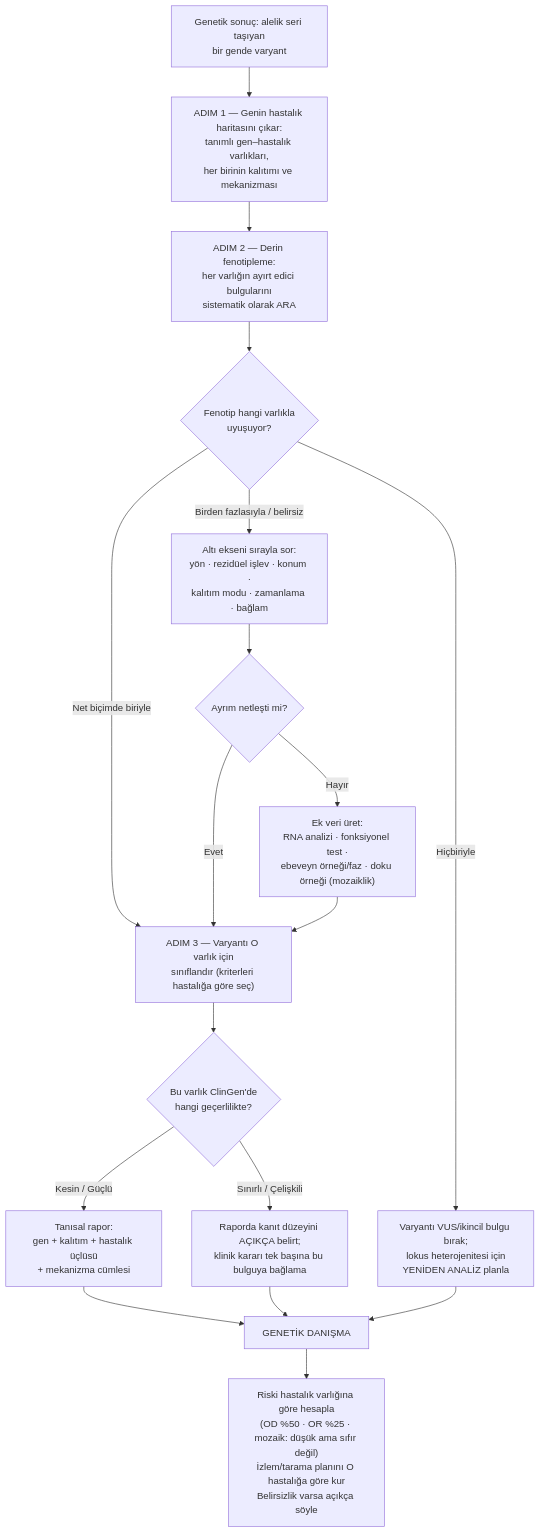
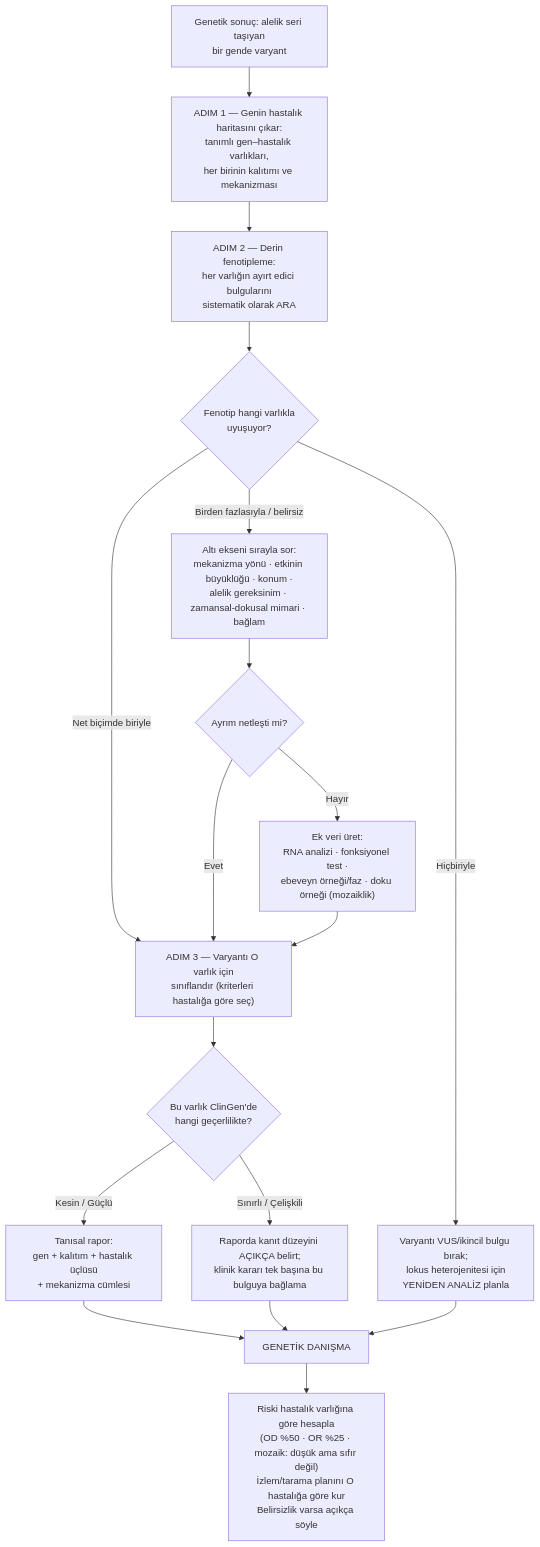
Before and after one commit to MDKalenderoglu/Mekanizma_Kitab-: the third of 3 diagrams in Bölüm_15_Ayni_Gen_Farkli_Hastalik.md, drawn with Mermaid. The commit also changed other lines of this file and 3 other files, not shown here.

````diff
--- a/Bölüm_15_Ayni_Gen_Farkli_Hastalik.md
+++ b/Bölüm_15_Ayni_Gen_Farkli_Hastalik.md
@@ -327,25 +329,25 @@
 ```mermaid
 flowchart TD
   A["Genetik sonuç: alelik seri taşıyan<br/>bir gende varyant"] --> B["ADIM 1 — Genin hastalık haritasını çıkar:<br/>tanımlı gen–hastalık varlıkları,<br/>her birinin kalıtımı ve mekanizması"]
 
   B --> C["ADIM 2 — Derin fenotipleme:<br/>her varlığın ayırt edici bulgularını<br/>sistematik olarak ARA"]
 
   C --> D{"Fenotip hangi varlıkla<br/>uyuşuyor?"}
   D -->|"Net biçimde biriyle"| E["ADIM 3 — Varyantı O varlık için<br/>sınıflandır (kriterleri hastalığa göre seç)"]
-  D -->|"Birden fazlasıyla / belirsiz"| F["Altı ekseni sırayla sor:<br/>yön · rezidüel işlev · konum ·<br/>kalıtım modu · zamanlama · bağlam"]
+  D -->|"Birden fazlasıyla / belirsiz"| F["Altı ekseni sırayla sor:<br/>mekanizma yönü · etkinin büyüklüğü · konum ·<br/>alelik gereksinim · zamansal-dokusal mimari · bağlam"]
   D -->|"Hiçbiriyle"| G["Varyantı VUS/ikincil bulgu bırak;<br/>lokus heterojenitesi için<br/>YENİDEN ANALİZ planla"]
 
   F --> H{"Ayrım netleşti mi?"}
   H -->|"Evet"| E
   H -->|"Hayır"| I["Ek veri üret:<br/>RNA analizi · fonksiyonel test ·<br/>ebeveyn örneği/faz · doku örneği (mozaiklik)"]
   I --> E
 
   E --> J{"Bu varlık ClinGen'de<br/>hangi geçerlilikte?"}
   J -->|"Kesin / Güçlü"| K["Tanısal rapor:<br/>gen + kalıtım + hastalık üçlüsü<br/>+ mekanizma cümlesi"]
   J -->|"Sınırlı / Çelişkili"| L["Raporda kanıt düzeyini AÇIKÇA belirt;<br/>klinik kararı tek başına bu bulguya bağlama"]
 
   K --> M["GENETİK DANIŞMA"]
   L --> M
   G --> M
   M --> N["Riski hastalık varlığına göre hesapla<br/>(OD %50 · OR %25 · mozaik: düşük ama sıfır değil)<br/>İzlem/tarama planını O hastalığa göre kur<br/>Belirsizlik varsa açıkça söyle"]
 ```
````
